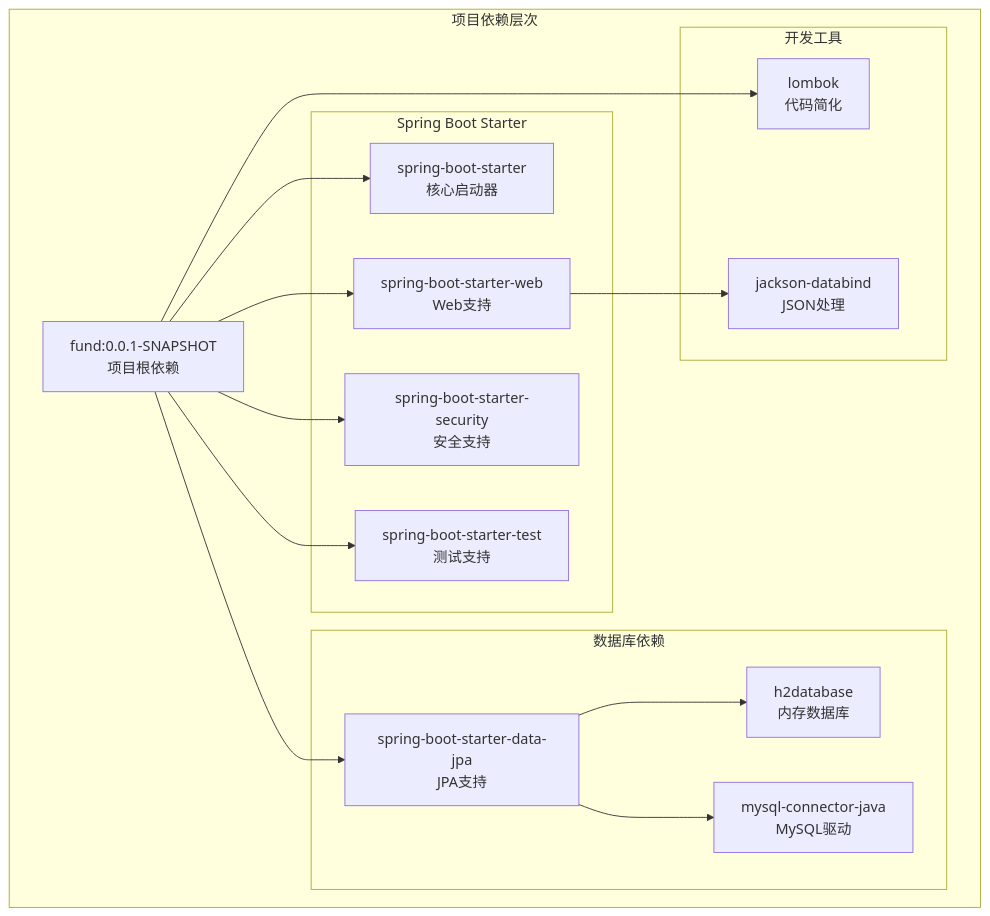
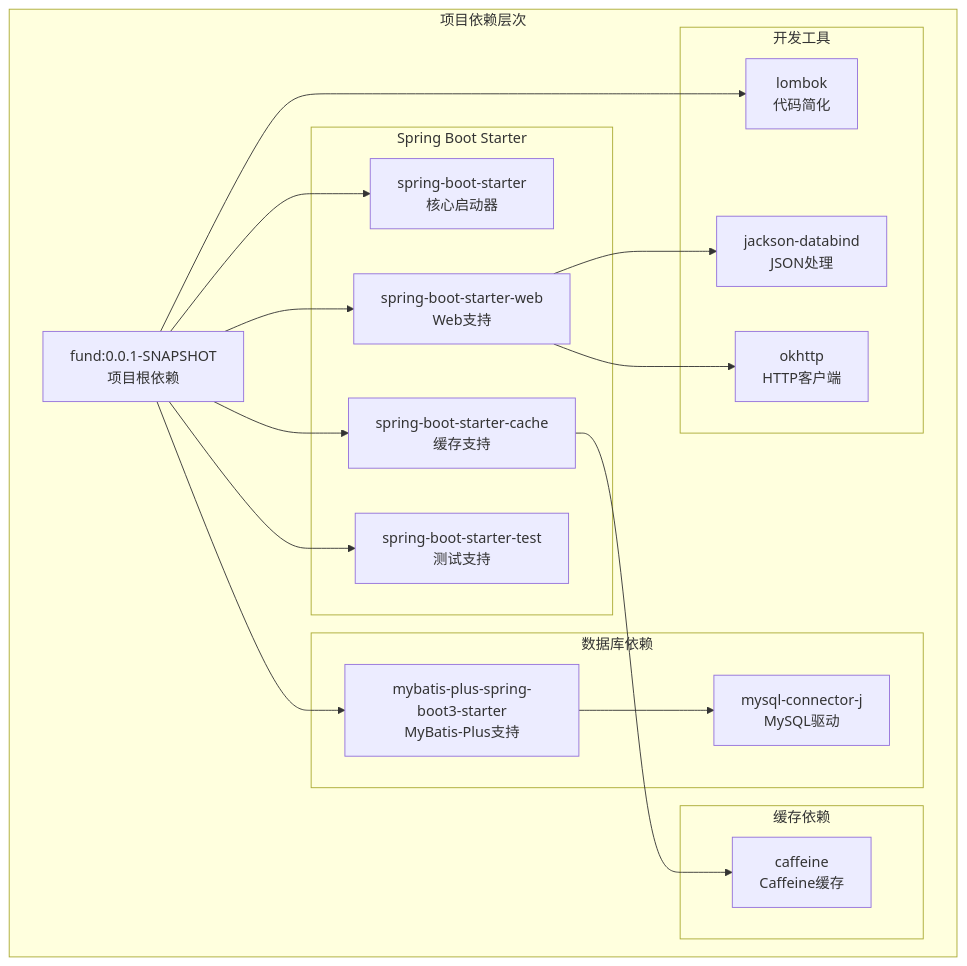
Diagram 12 of 15 in .qoder/repowiki/zh/content/核心功能开发/安全配置.md (gree-coder/fund-butler), drawn with Mermaid before and after one commit. The commit also changed other lines of this file and 10 other files, not shown here.

````diff
--- a/.qoder/repowiki/zh/content/核心功能开发/安全配置.md
+++ b/.qoder/repowiki/zh/content/核心功能开发/安全配置.md
@@ -362,30 +402,34 @@
 ```mermaid
 graph TB
 subgraph "项目依赖层次"
 ROOT[fund:0.0.1-SNAPSHOT<br/>项目根依赖]
 subgraph "Spring Boot Starter"
 BOOT_STARTER[spring-boot-starter<br/>核心启动器]
 BOOT_WEB[spring-boot-starter-web<br/>Web支持]
-BOOT_SECURITY[spring-boot-starter-security<br/>安全支持]
+BOOT_CACHE[spring-boot-starter-cache<br/>缓存支持]
 BOOT_TEST[spring-boot-starter-test<br/>测试支持]
 end
 subgraph "数据库依赖"
-SPRING_DATA_JPA[spring-boot-starter-data-jpa<br/>JPA支持]
-H2_DATABASE[h2database<br/>内存数据库]
-MYSQL_CONNECTOR[mysql-connector-java<br/>MySQL驱动]
+MYBATIS_PLUS[mybatis-plus-spring-boot3-starter<br/>MyBatis-Plus支持]
+MYSQL_CONNECTOR[mysql-connector-j<br/>MySQL驱动]
+end
+subgraph "缓存依赖"
+CAFFEINE[caffeine<br/>Caffeine缓存]
 end
 subgraph "开发工具"
 LOMBOK[lombok<br/>代码简化]
 JACKSON[jackson-databind<br/>JSON处理]
+OKHTTP[okhttp<br/>HTTP客户端]
 end
 end
 ROOT --> BOOT_STARTER
 ROOT --> BOOT_WEB
-ROOT --> BOOT_SECURITY
+ROOT --> BOOT_CACHE
 ROOT --> BOOT_TEST
-ROOT --> SPRING_DATA_JPA
+ROOT --> MYBATIS_PLUS
 ROOT --> LOMBOK
 BOOT_WEB --> JACKSON
-SPRING_DATA_JPA --> H2_DATABASE
-SPRING_DATA_JPA --> MYSQL_CONNECTOR
+BOOT_WEB --> OKHTTP
+BOOT_CACHE --> CAFFEINE
+MYBATIS_PLUS --> MYSQL_CONNECTOR
 ```
````
